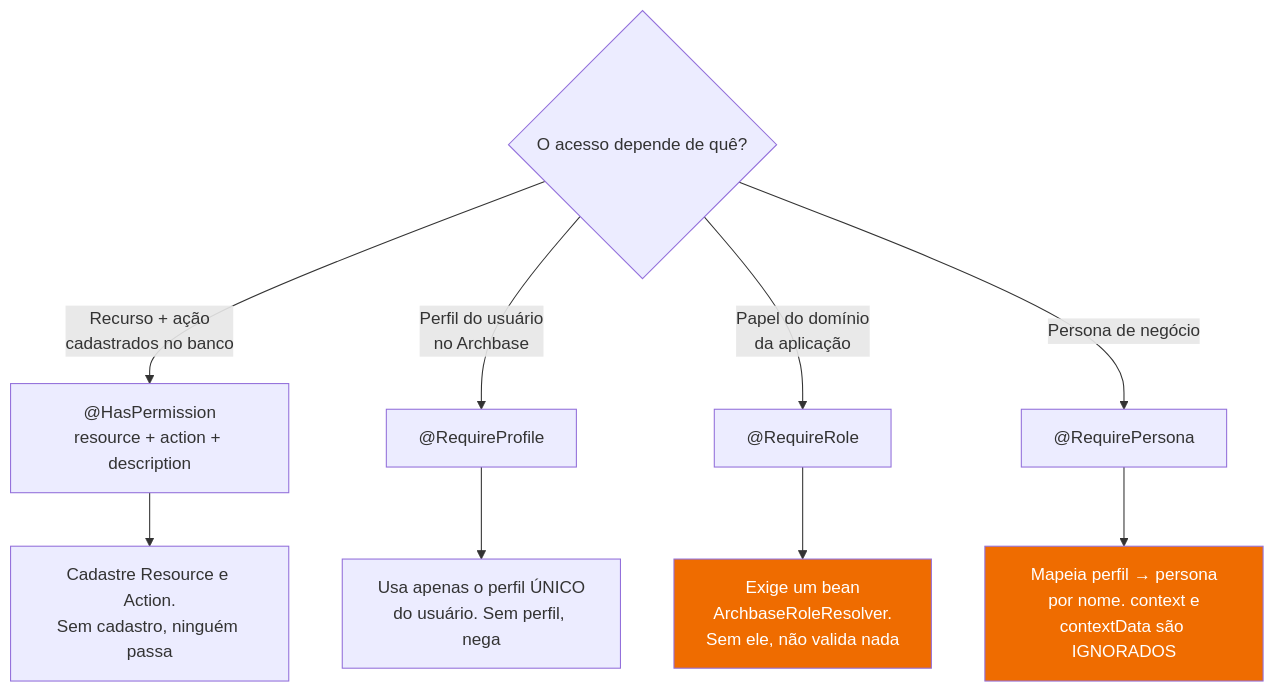
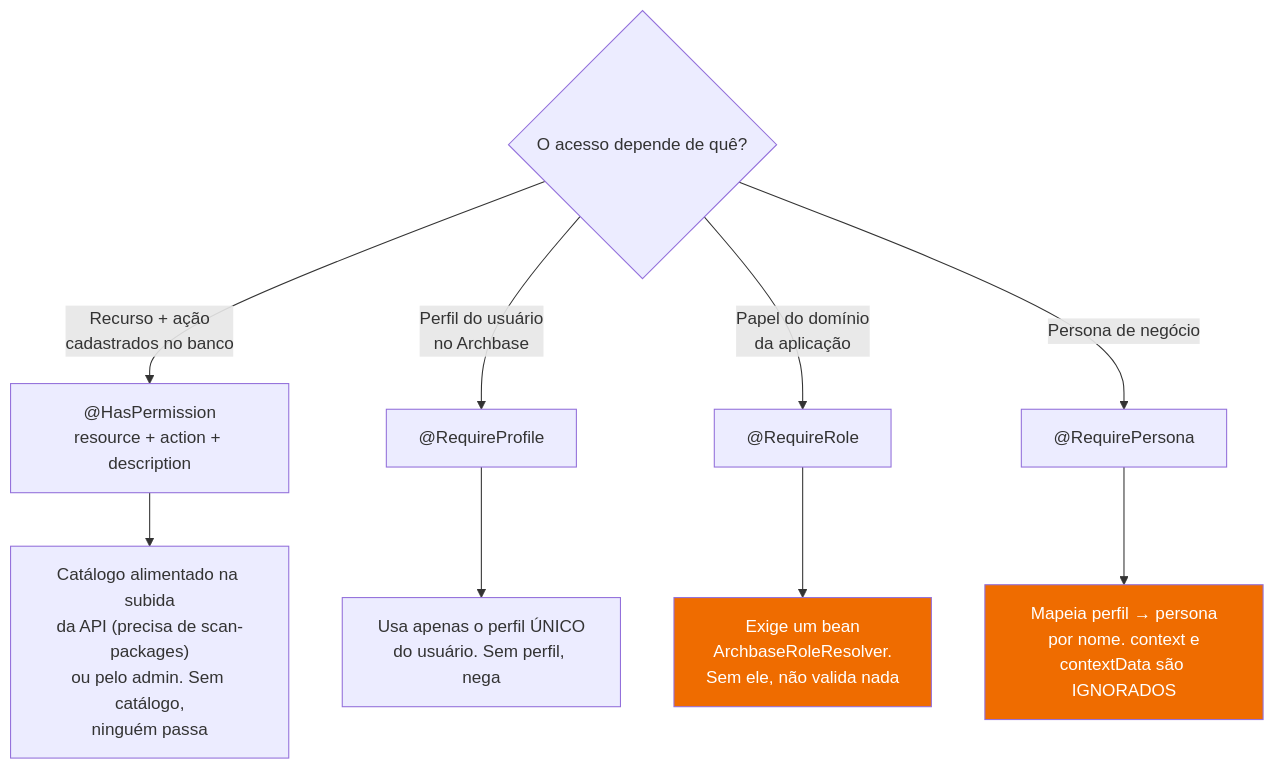
Before and after one commit to edsonmartins/archbase-app-framework: the fourth of 6 diagrams in archbase-security/ARQUITETURA.md, drawn with Mermaid. The commit also changed other lines of this file, not shown here.

````diff
--- a/archbase-security/ARQUITETURA.md
+++ b/archbase-security/ARQUITETURA.md
@@ -136,16 +235,16 @@
 ```mermaid
 flowchart TD
     Q0{O acesso depende de quê?} 
     Q0 -->|Recurso + ação<br/>cadastrados no banco| HP["@HasPermission<br/>resource + action + description"]
     Q0 -->|Perfil do usuário<br/>no Archbase| RP["@RequireProfile"]
     Q0 -->|Papel do domínio<br/>da aplicação| RR["@RequireRole"]
     Q0 -->|Persona de negócio| RPE["@RequirePersona"]
 
-    HP --> HPN[Cadastre Resource e Action.<br/>Sem cadastro, ninguém passa]
+    HP --> HPN["Catálogo alimentado na subida<br/>da API (precisa de scan-packages)<br/>ou pelo admin. Sem catálogo,<br/>ninguém passa"]
     RP --> RPN[Usa apenas o perfil ÚNICO<br/>do usuário. Sem perfil, nega]
     RR --> RRN[Exige um bean<br/>ArchbaseRoleResolver.<br/>Sem ele, não valida nada]
     RPE --> RPEN[Mapeia perfil → persona<br/>por nome. context e<br/>contextData são IGNORADOS]
 
     style RRN fill:#ef6c00,color:#fff
     style RPEN fill:#ef6c00,color:#fff
 ```
````
